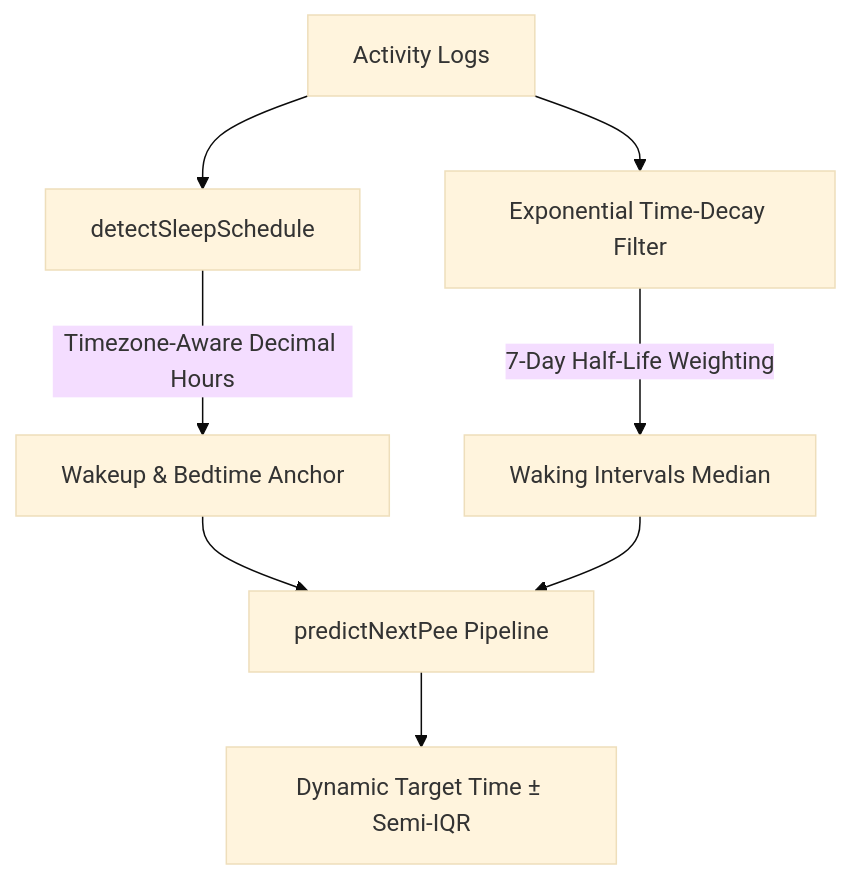
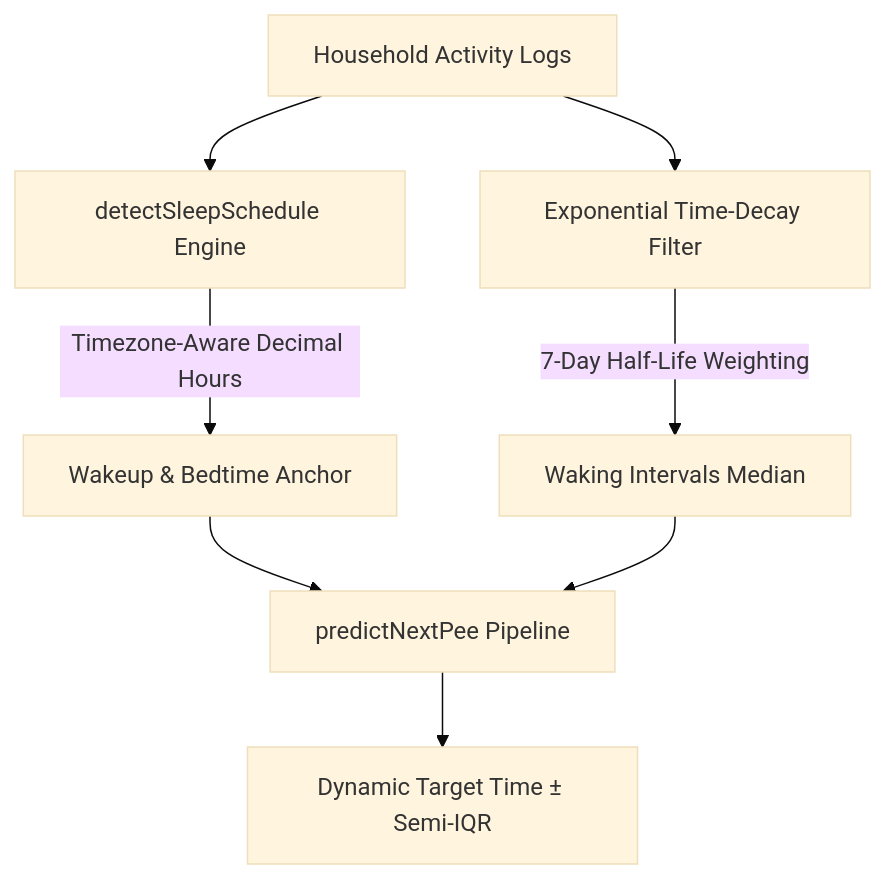
One commit to Ouriel/puppy-tracker changed the first of 2 diagrams in README.md. Above: the diagram before and after it, drawn with Mermaid (base theme). The commit also changed other lines of this file and 1 other file, not shown here.

````diff
--- a/README.md
+++ b/README.md
@@ -97,10 +90,10 @@
 ```mermaid
 flowchart TD
-    A[Activity Logs] --> B[detectSleepSchedule]
+    A[Household Activity Logs] --> B[detectSleepSchedule Engine]
     B -->|Timezone-Aware Decimal Hours| C[Wakeup & Bedtime Anchor]
     A --> D[Exponential Time-Decay Filter]
     D -->|7-Day Half-Life Weighting| E[Waking Intervals Median]
     C --> F[predictNextPee Pipeline]
     E --> F
     F --> G[Dynamic Target Time ± Semi-IQR]
 ```
````
